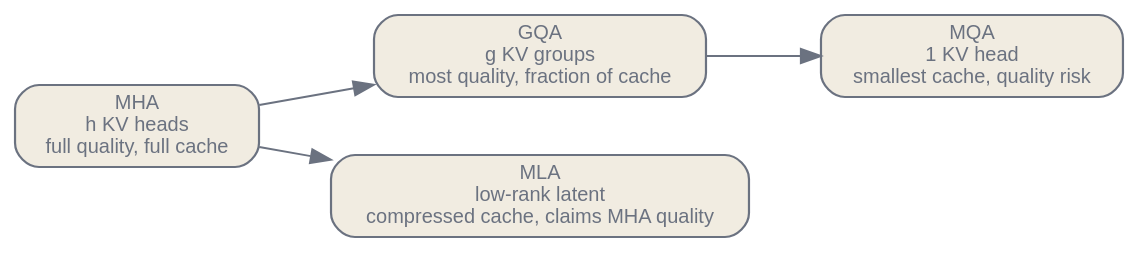
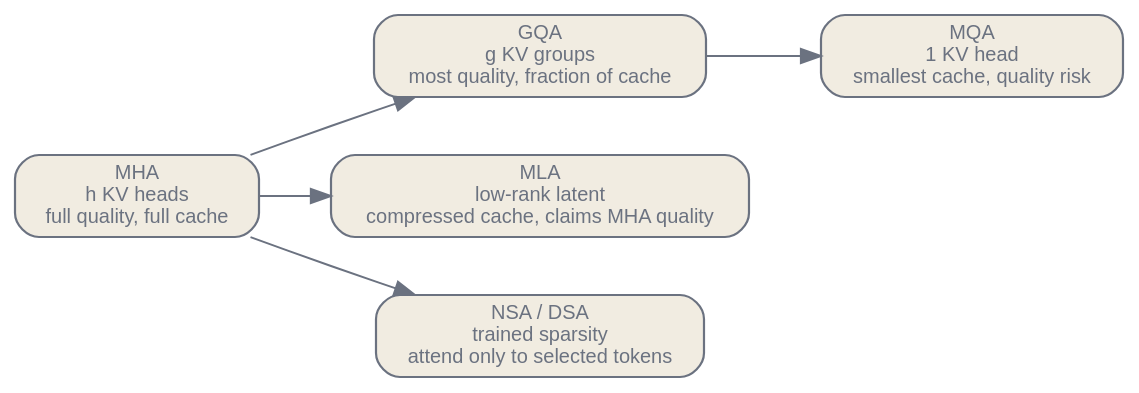
Before and after one commit to latere-ai/ai-as-an-infrastructure: the third of 3 diagrams in en/foundations/04-transformer-architecture.qmd, drawn with Graphviz. The commit also changed other lines of this file and 14 other files, not shown here.

Commit message:
foundations: trained sparse attention branch, fp4 training boundary, shipped hybrid stacks, blt/h-net, muon at 1t scale (en+zh)

````diff
--- a/en/foundations/04-transformer-architecture.qmd
+++ b/en/foundations/04-transformer-architecture.qmd
@@ -180,20 +180,22 @@
 ```{dot}
 //| label: fig-cache-frontier
-//| fig-cap: "The cache-compression frontier. From MHA, GQA and MQA trade KV heads for a smaller cache along one branch, while MLA compresses the cache into a low-rank latent along the other."
+//| fig-cap: "The cache-compression frontier. From MHA, GQA and MQA trade KV heads for a smaller cache along one branch, MLA compresses the cache into a low-rank latent along a second, and trained sparse attention (NSA, DSA) prunes which tokens are attended at all along a third."
 digraph {
   bgcolor="transparent";
   rankdir=LR;
   nodesep=0.4; ranksep=0.5;
   node [shape=box, style="rounded,filled", fontname="Helvetica", fontsize=10, color="#6b7280", fontcolor="#6b7280", fillcolor="#f1ece1", penwidth=1.1];
   edge [fontsize=10, fontname="Helvetica", color="#6b7280", fontcolor="#6b7280"];
 
   MHA [label="MHA\nh KV heads\nfull quality, full cache"];
   GQA [label="GQA\ng KV groups\nmost quality, fraction of cache"];
   MQA [label="MQA\n1 KV head\nsmallest cache, quality risk"];
   MLA [label="MLA\nlow-rank latent\ncompressed cache, claims MHA quality"];
+  NSA [label="NSA / DSA\ntrained sparsity\nattend only to selected tokens"];
 
   MHA -> GQA;
   GQA -> MQA;
   MHA -> MLA;
+  MHA -> NSA;
 }
 ```
````
